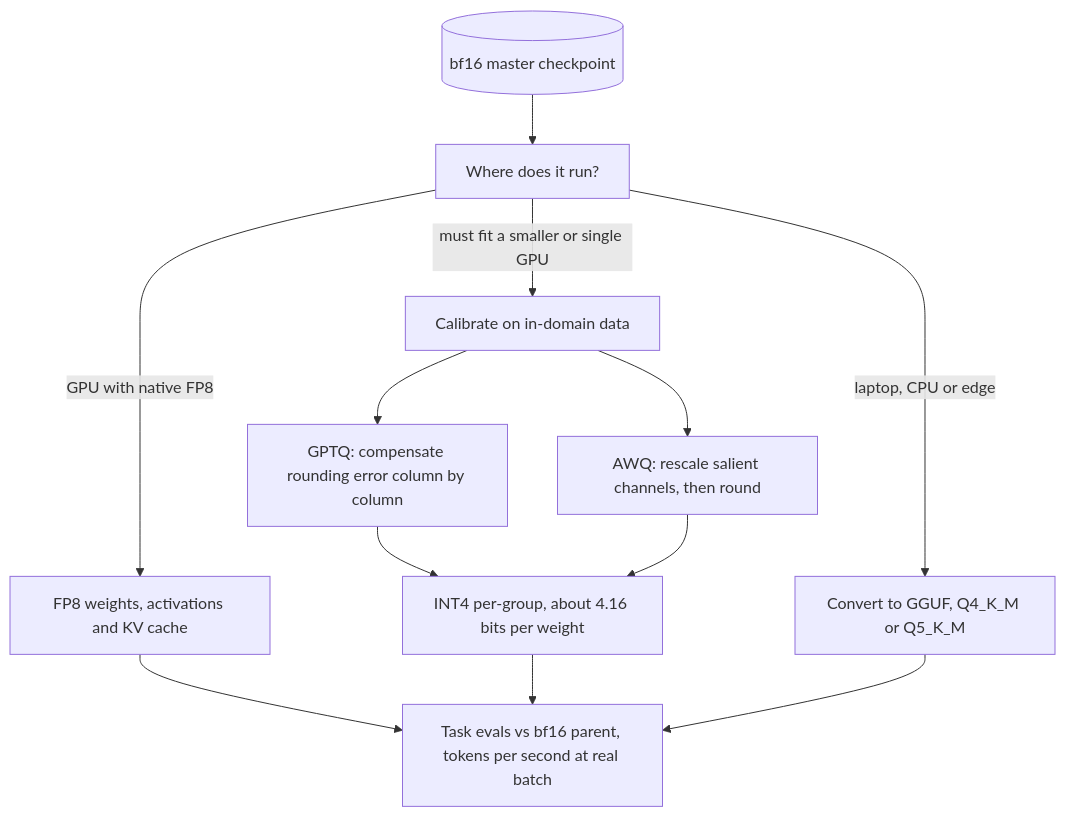
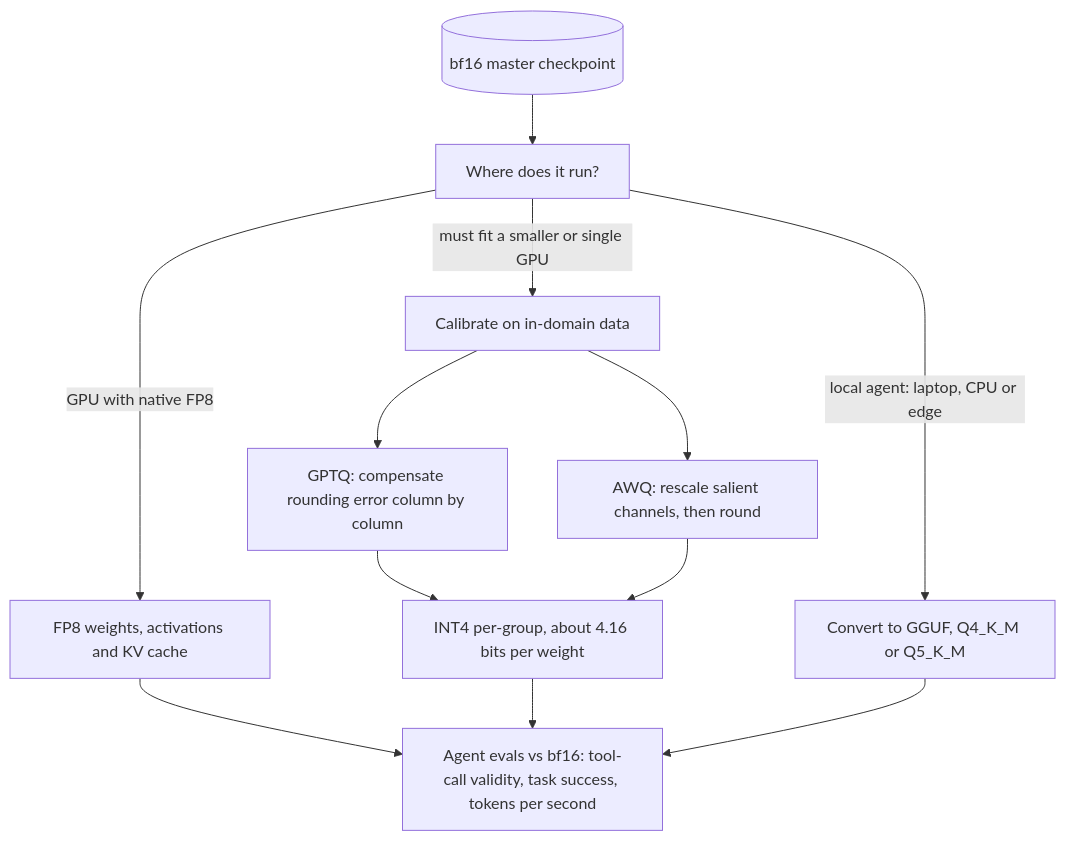
Before and after one commit to lovishmahajan97/agentic-learning: the diagram in content/training-adaptation/quantization.md, drawn with Mermaid. The commit also changed other lines of this file and 266 other files, not shown here.

````diff
--- a/content/training-adaptation/quantization.md
+++ b/content/training-adaptation/quantization.md
@@ -146,14 +172,14 @@
 ```mermaid
 flowchart TD
     M[("bf16 master checkpoint")] --> T["Where does it run?"]
     T -->|"GPU with native FP8"| F["FP8 weights, activations and KV cache"]
     T -->|"must fit a smaller or single GPU"| C["Calibrate on in-domain data"]
     C --> G["GPTQ: compensate rounding error column by column"]
     C --> A["AWQ: rescale salient channels, then round"]
     G --> I4["INT4 per-group, about 4.16 bits per weight"]
     A --> I4
-    T -->|"laptop, CPU or edge"| U["Convert to GGUF, Q4_K_M or Q5_K_M"]
-    F --> E["Task evals vs bf16 parent, tokens per second at real batch"]
+    T -->|"local agent: laptop, CPU or edge"| U["Convert to GGUF, Q4_K_M or Q5_K_M"]
+    F --> E["Agent evals vs bf16: tool-call validity, task success, tokens per second"]
     I4 --> E
     U --> E
 ```
````
